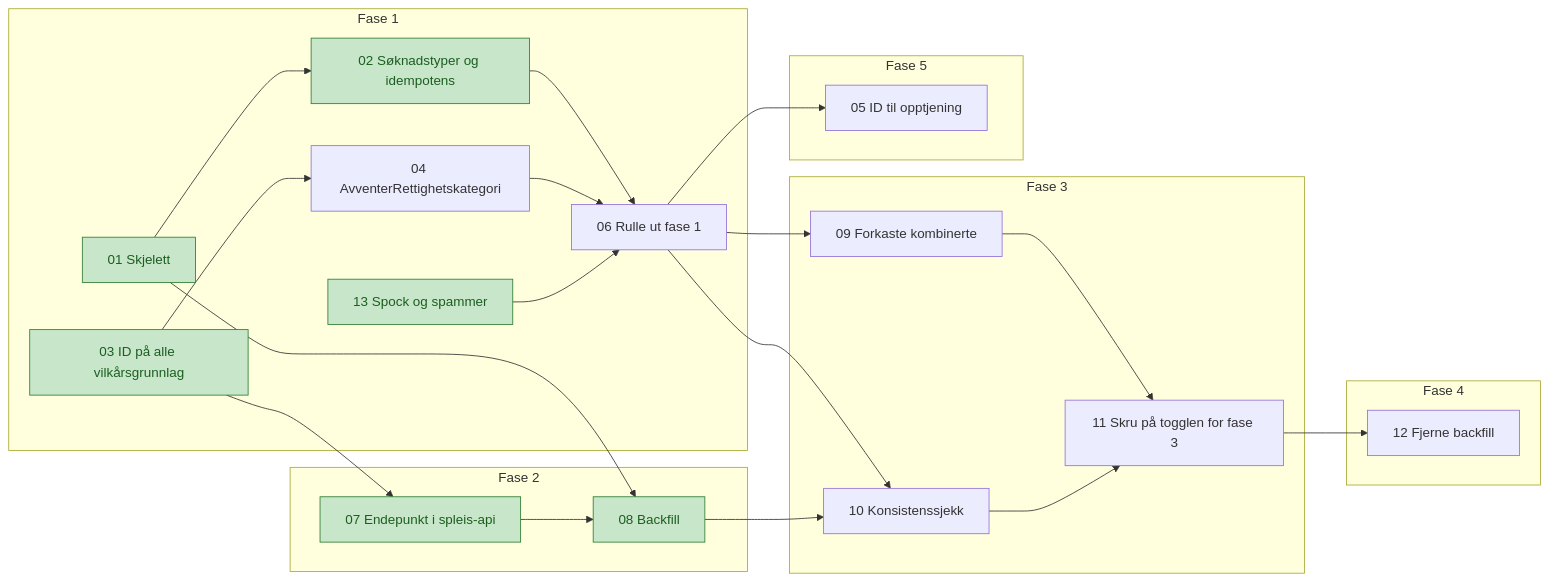
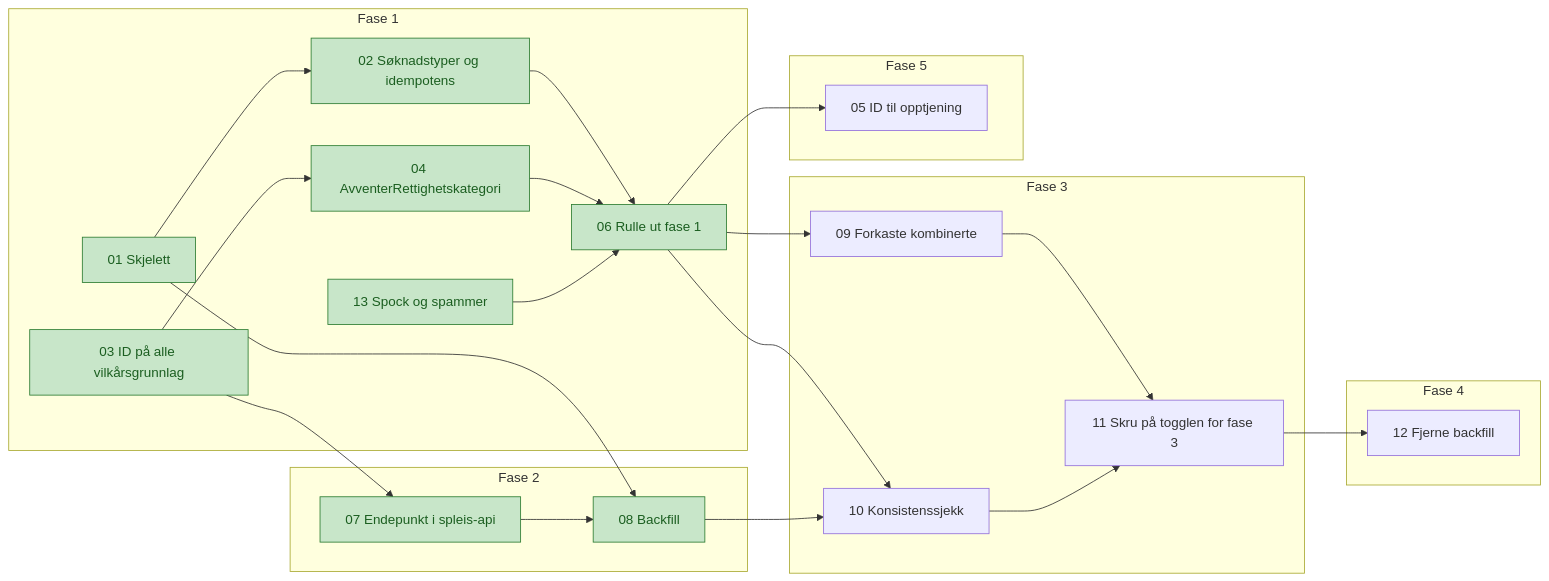
Before and after one commit to navikt/helse-sas-meta: the diagram in docs/tickets/avklare-rettighetskategori/index.md, drawn with Mermaid. The commit also changed other lines of this file and 1 other file, not shown here.

````diff
--- a/docs/tickets/avklare-rettighetskategori/index.md
+++ b/docs/tickets/avklare-rettighetskategori/index.md
@@ -21,33 +21,33 @@
 ```mermaid
 flowchart LR
     subgraph F1[Fase 1]
         T01[01 Skjelett] --> T02[02 Søknadstyper og idempotens]
         T03[03 ID på alle vilkårsgrunnlag] --> T04[04 AvventerRettighetskategori]
         T02 --> T06[06 Rulle ut fase 1]
         T04 --> T06
         T13[13 Spock og spammer] --> T06
     end
     subgraph F2[Fase 2]
         T07[07 Endepunkt i spleis-api] --> T08[08 Backfill]
     end
     subgraph F3[Fase 3]
         T09[09 Forkaste kombinerte] --> T11[11 Skru på togglen for fase 3]
         T10[10 Konsistenssjekk] --> T11
     end
     subgraph F4[Fase 4]
         T12[12 Fjerne backfill]
     end
     subgraph F5[Fase 5]
         T05[05 ID til opptjening]
     end
     T06 --> T05
     T03 --> T07
     T01 --> T08
     T06 --> T09
     T06 --> T10
     T08 --> T10
     T11 --> T12
 
     classDef ferdig fill:#c8e6c9,stroke:#2e7d32,color:#1b5e20
-    class T01,T02,T03,T07,T08,T13 ferdig
+    class T01,T02,T03,T04,T06,T07,T08,T13 ferdig
 ```
````
